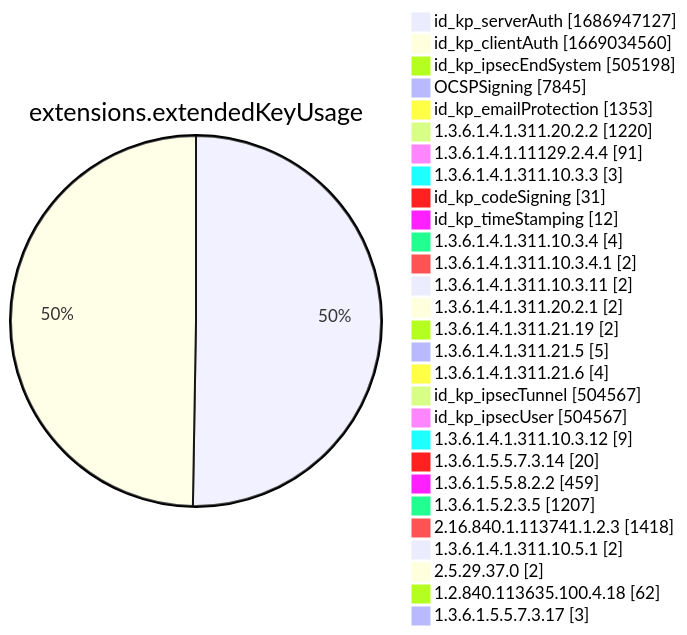
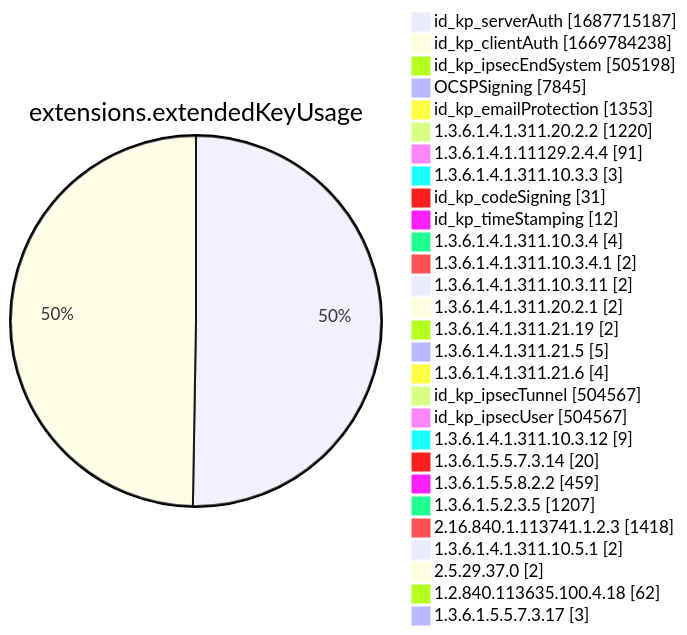
Diagram 12 of 15 in xenon2022/README.md (christiankrug/ctmonitor_visualization), drawn with Mermaid before and after one commit. The commit also changed other lines of this file, not shown here.

````diff
--- a/xenon2022/README.md
+++ b/xenon2022/README.md
@@ -3888,32 +3888,32 @@
 ```mermaid
 pie showData
 title extensions.extendedKeyUsage
-"id_kp_serverAuth" :1686947127
-"id_kp_clientAuth" :1669034560
+"id_kp_serverAuth" :1687715187
+"id_kp_clientAuth" :1669784238
 "id_kp_ipsecEndSystem" :505198
 "OCSPSigning" :7845
 "id_kp_emailProtection" :1353
 "1.3.6.1.4.1.311.20.2.2" :1220
 "1.3.6.1.4.1.11129.2.4.4" :91
 "1.3.6.1.4.1.311.10.3.3" :3
 "id_kp_codeSigning" :31
 "id_kp_timeStamping" :12
 "1.3.6.1.4.1.311.10.3.4" :4
 "1.3.6.1.4.1.311.10.3.4.1" :2
 "1.3.6.1.4.1.311.10.3.11" :2
 "1.3.6.1.4.1.311.20.2.1" :2
 "1.3.6.1.4.1.311.21.19" :2
 "1.3.6.1.4.1.311.21.5" :5
 "1.3.6.1.4.1.311.21.6" :4
 "id_kp_ipsecTunnel" :504567
 "id_kp_ipsecUser" :504567
 "1.3.6.1.4.1.311.10.3.12" :9
 "1.3.6.1.5.5.7.3.14" :20
 "1.3.6.1.5.5.8.2.2" :459
 "1.3.6.1.5.2.3.5" :1207
 "2.16.840.1.113741.1.2.3" :1418
 "1.3.6.1.4.1.311.10.5.1" :2
 "2.5.29.37.0" :2
 "1.2.840.113635.100.4.18" :62
 "1.3.6.1.5.5.7.3.17" :3
 ```
````
